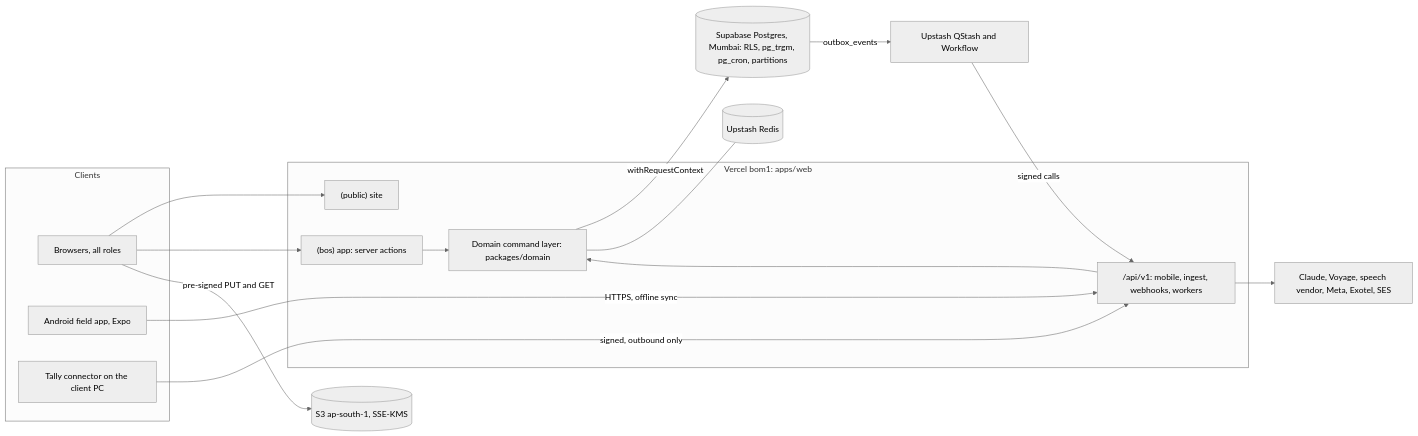
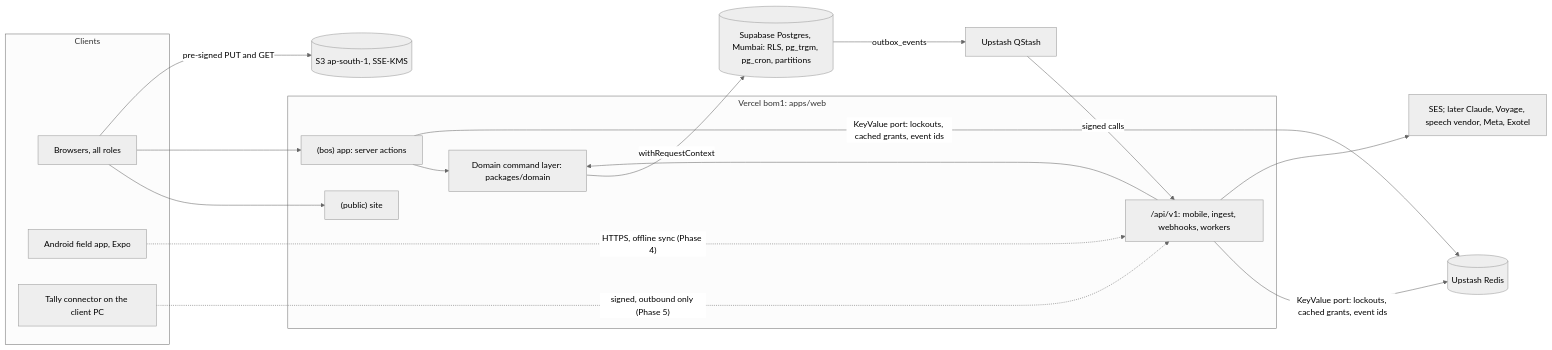
One commit to techaust/shakti_prime changed the first of 7 diagrams in docs/ARCHITECTURE.md. Above: the diagram before and after it, drawn with Mermaid (neutral theme). The commit also changed other lines of this file and 1 other file, not shown here.

Commit message:
docs: SECURITY agent grants, CC and LC, production targets; ARCHITECTURE built and planned, runner diagram, worker body caps

````diff
--- a/docs/ARCHITECTURE.md
+++ b/docs/ARCHITECTURE.md
@@ -32,30 +32,30 @@
 ```mermaid
 flowchart LR
   subgraph Clients
     B[Browsers, all roles]
     F[Android field app, Expo]
     T[Tally connector on the client PC]
   end
   subgraph Vercel["Vercel bom1: apps/web"]
     P["(public) site"]
     A["(bos) app: server actions"]
     R["/api/v1: mobile, ingest, webhooks, workers"]
     D[Domain command layer: packages/domain]
   end
   DB[("Supabase Postgres, Mumbai: RLS, pg_trgm, pg_cron, partitions")]
-  Q[Upstash QStash and Workflow]
+  Q[Upstash QStash]
   K[(Upstash Redis)]
   S[("S3 ap-south-1, SSE-KMS")]
-  X[Claude, Voyage, speech vendor, Meta, Exotel, SES]
+  X[SES; later Claude, Voyage, speech vendor, Meta, Exotel]
   B --> P & A
-  F -->|HTTPS, offline sync| R
-  T -->|signed, outbound only| R
+  F -.->|"HTTPS, offline sync (Phase 4)"| R
+  T -.->|"signed, outbound only (Phase 5)"| R
   A --> D
   R --> D
   D -->|withRequestContext| DB
   DB -->|outbox_events| Q
   Q -->|signed calls| R
-  D --- K
+  A & R -->|"KeyValue port: lockouts, cached grants, event ids"| K
   B -->|pre-signed PUT and GET| S
   R --> X
 ```
````
